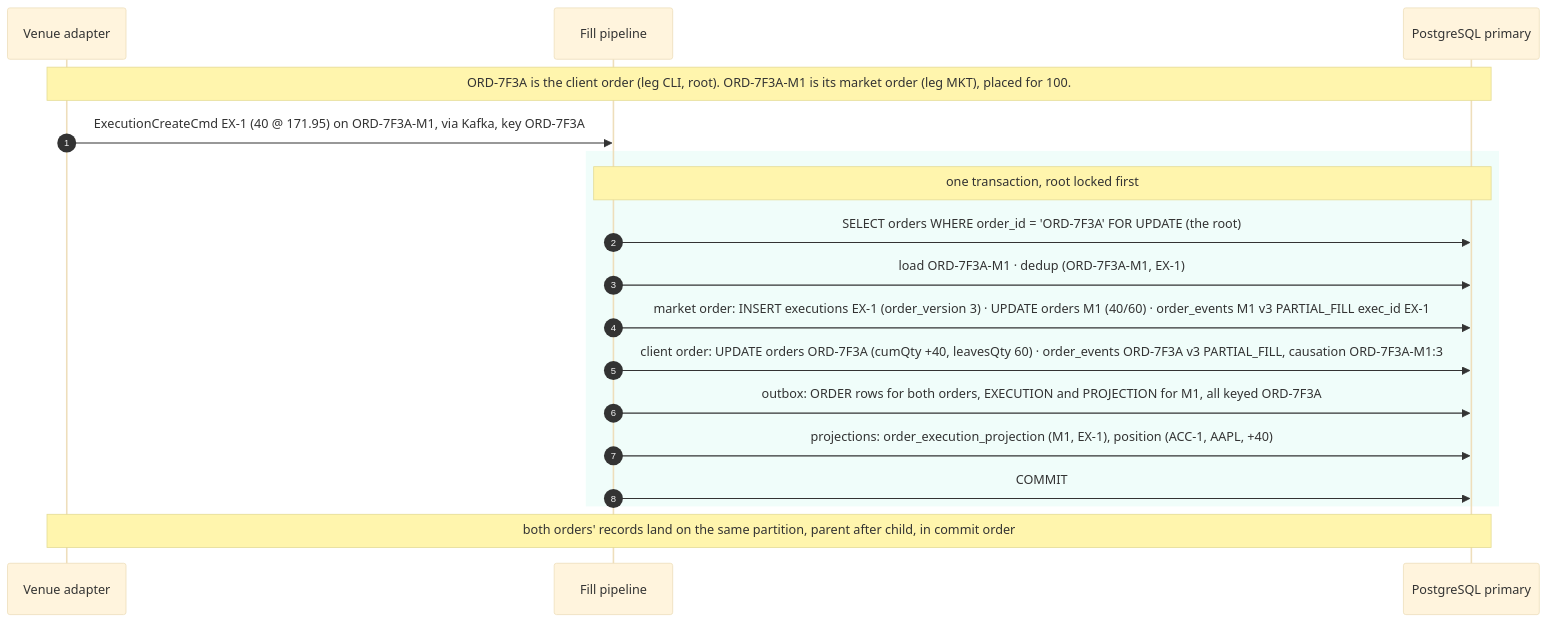
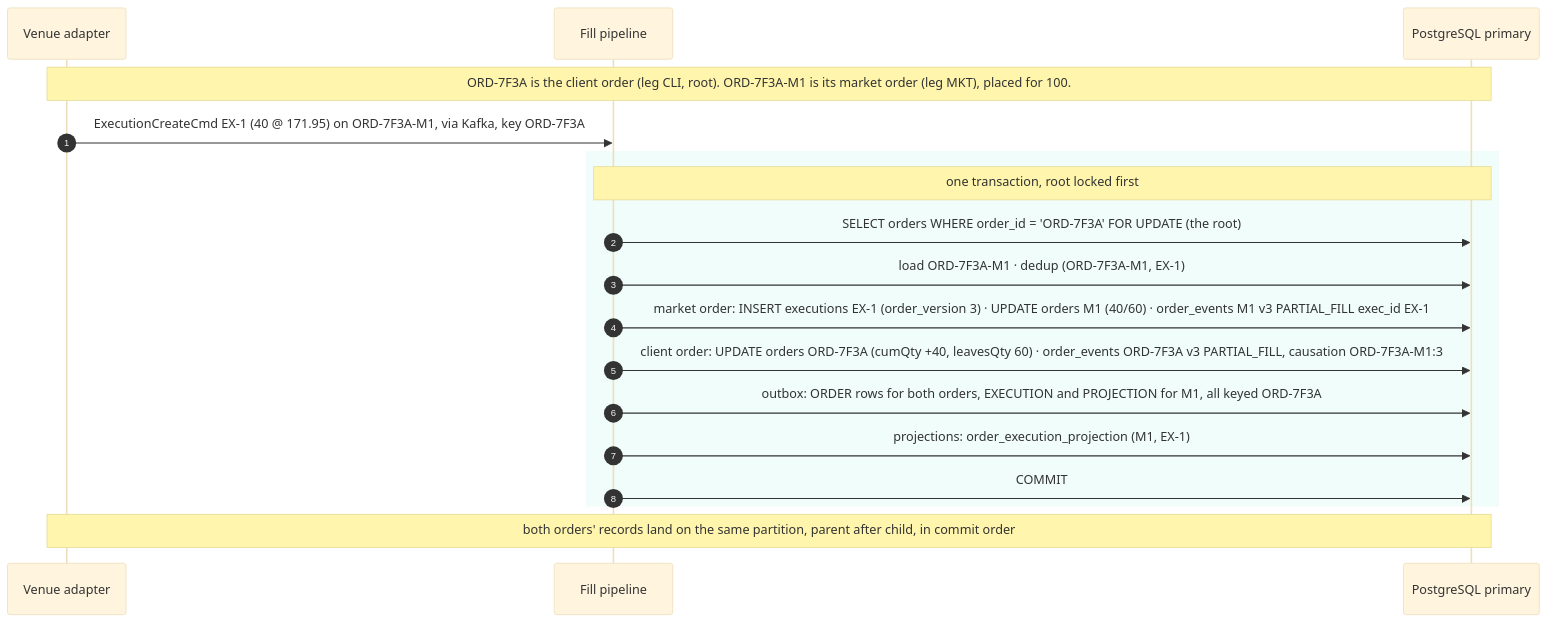
One commit to tbaderts/oms changed the ninth of 10 diagrams in oms-core/docs/target-architecture.md. Above: the diagram before and after it, drawn with Mermaid (base theme). The commit also changed other lines of this file and 219 other files, not shown here.

Commit message:
ui improvements, target architecture updates

````diff
--- a/oms-core/docs/target-architecture.md
+++ b/oms-core/docs/target-architecture.md
@@ -660,21 +664,21 @@
 ```mermaid
 sequenceDiagram
     autonumber
     participant V as Venue adapter
     participant P as Fill pipeline
     participant DB as PostgreSQL primary
 
     Note over V,DB: ORD-7F3A is the client order (leg CLI, root). ORD-7F3A-M1 is its market order (leg MKT), placed for 100.
     V->>P: ExecutionCreateCmd EX-1 (40 @ 171.95) on ORD-7F3A-M1, via Kafka, key ORD-7F3A
     rect rgb(240, 253, 250)
         Note over P,DB: one transaction, root locked first
         P->>DB: SELECT orders WHERE order_id = 'ORD-7F3A' FOR UPDATE (the root)
         P->>DB: load ORD-7F3A-M1 · dedup (ORD-7F3A-M1, EX-1)
         P->>DB: market order: INSERT executions EX-1 (order_version 3) · UPDATE orders M1 (40/60) · order_events M1 v3 PARTIAL_FILL exec_id EX-1
         P->>DB: client order: UPDATE orders ORD-7F3A (cumQty +40, leavesQty 60) · order_events ORD-7F3A v3 PARTIAL_FILL, causation ORD-7F3A-M1:3
         P->>DB: outbox: ORDER rows for both orders, EXECUTION and PROJECTION for M1, all keyed ORD-7F3A
-        P->>DB: projections: order_execution_projection (M1, EX-1), position (ACC-1, AAPL, +40)
+        P->>DB: projections: order_execution_projection (M1, EX-1)
         P->>DB: COMMIT
     end
     Note over V,DB: both orders' records land on the same partition, parent after child, in commit order
 ```
````
